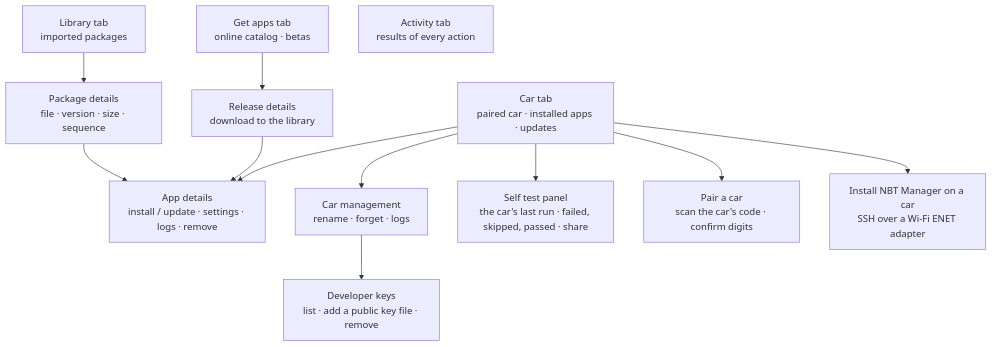
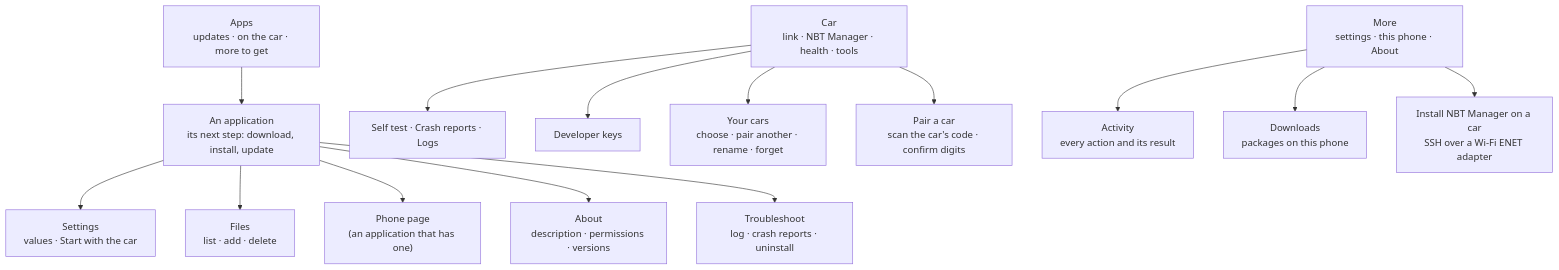
Before and after one commit to NBTFoundry/mobile-app: the diagram in docs/ui.md, drawn with Mermaid. The commit also changed other lines of this file and 98 other files, not shown here.

````diff
--- a/docs/ui.md
+++ b/docs/ui.md
@@ -10,14 +9,16 @@
 ```mermaid
 flowchart TD
-  CAR["Car tab<br/>paired car · installed apps · updates"] --> APP["App details<br/>install / update · settings · logs · remove"]
-  CAR --> MANAGE["Car management<br/>rename · forget · logs"]
-  CAR --> SELFTEST["Self test panel<br/>the car's last run · failed, skipped, passed · share"]
-  MANAGE --> KEYS["Developer keys<br/>list · add a public key file · remove"]
+  APPS["Apps<br/>updates · on the car · more to get"] --> APP["An application<br/>its next step: download, install, update"]
+  APP --> SET["Settings<br/>values · Start with the car"]
+  APP --> FILES["Files<br/>list · add · delete"]
+  APP --> PAGE["Phone page<br/>(an application that has one)"]
+  APP --> ABOUT["About<br/>description · permissions · versions"]
+  APP --> HELP["Troubleshoot<br/>log · crash reports · uninstall"]
+  CAR["Car<br/>link · NBT Manager · health · tools"] --> TOOL["Self test · Crash reports · Logs"]
+  CAR --> KEYS["Developer keys"]
+  CAR --> CARS["Your cars<br/>choose · pair another · rename · forget"]
   CAR --> PAIR["Pair a car<br/>scan the car's code · confirm digits"]
-  CAR --> INSTALLER["Install NBT Manager on a car<br/>SSH over a Wi-Fi ENET adapter"]
-  STORE["Get apps tab<br/>online catalog · betas"] --> REL["Release details<br/>download to the library"]
-  REL --> APP
-  LIB["Library tab<br/>imported packages"] --> PKG["Package details<br/>file · version · size · sequence"]
-  PKG --> APP
-  ACT["Activity tab<br/>results of every action"]
+  MORE["More<br/>settings · this phone · About"] --> ACT["Activity<br/>every action and its result"]
+  MORE --> DL["Downloads<br/>packages on this phone"]
+  MORE --> INST["Install NBT Manager on a car<br/>SSH over a Wi-Fi ENET adapter"]
 ```
````
